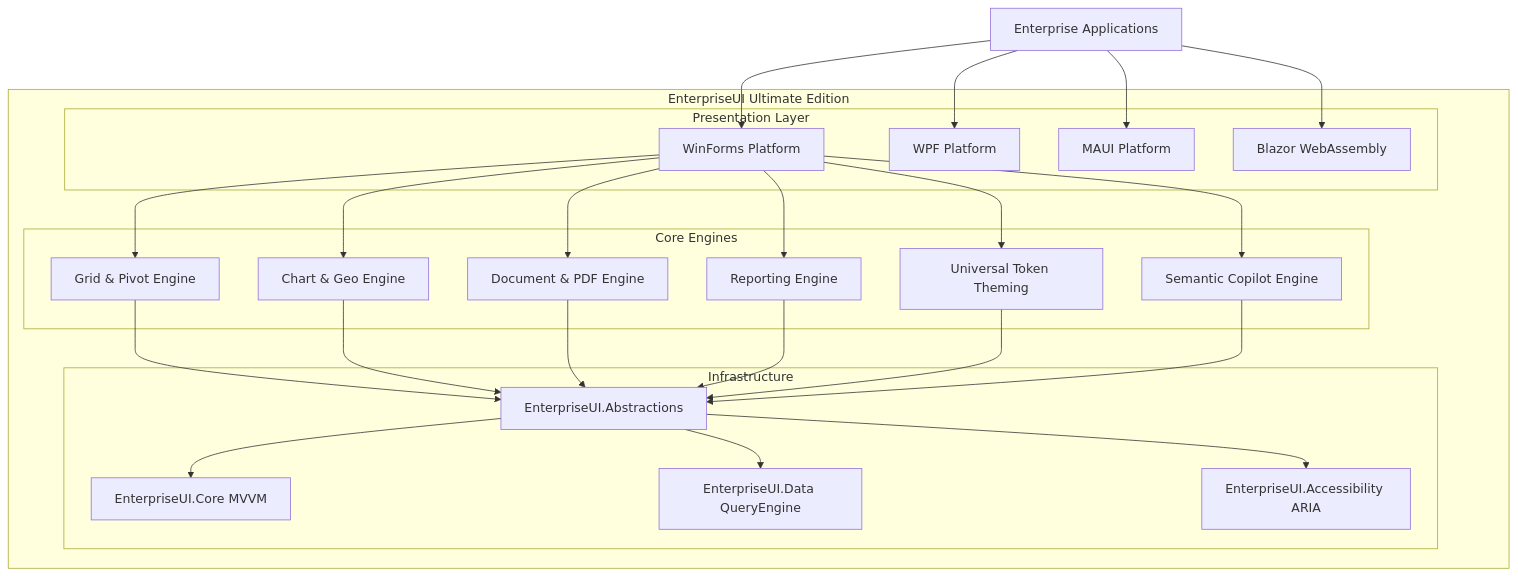
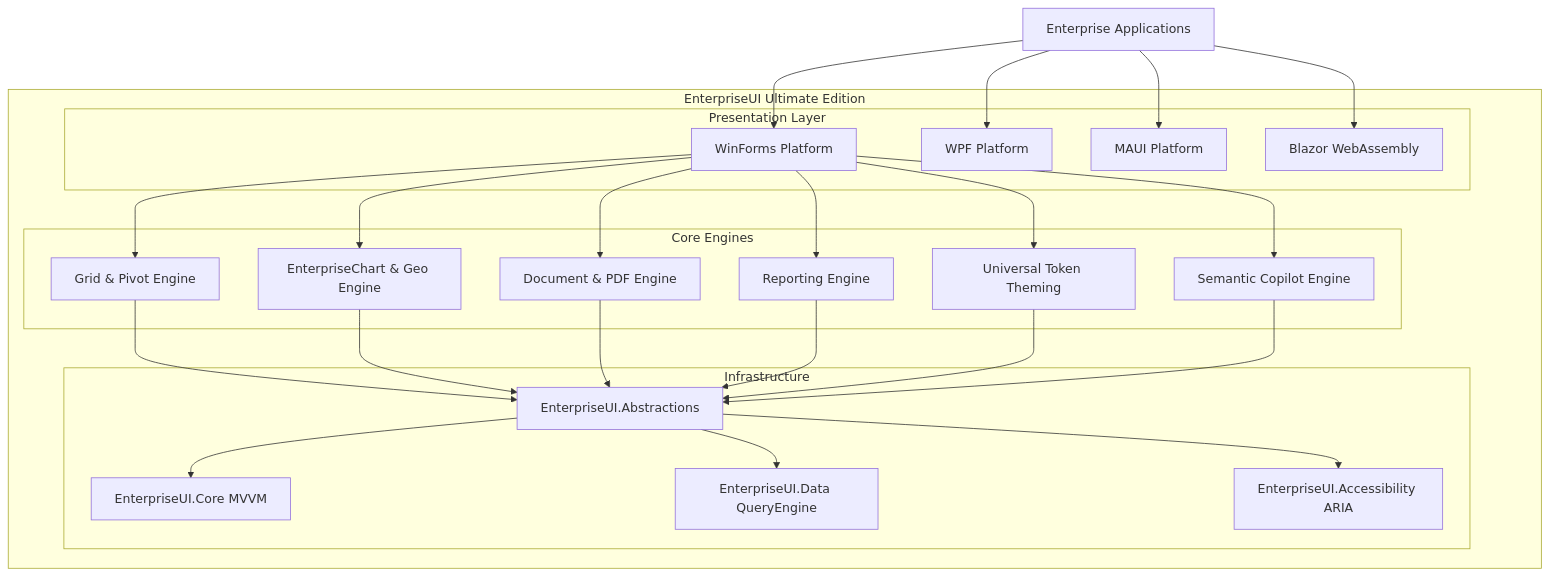
The third of 3 diagrams in docs/Architecture/TelerikEcosystemAuditAndMasterPlan.md (muhammad-aftab93/EnterpriseUI), drawn with Mermaid before and after one commit. The commit also changed other lines of this file and 93 other files, not shown here.

````diff
--- a/docs/Architecture/TelerikEcosystemAuditAndMasterPlan.md
+++ b/docs/Architecture/TelerikEcosystemAuditAndMasterPlan.md
@@ -265,52 +265,52 @@
 ```mermaid
 graph TD
     App[Enterprise Applications]
     
     subgraph EnterpriseUI Ultimate Edition
         subgraph Presentation Layer
             WF[WinForms Platform]
             WPF[WPF Platform]
             MAUI[MAUI Platform]
             BLAZOR[Blazor WebAssembly]
         end
         
         subgraph Core Engines
             GridEng[Grid & Pivot Engine]
-            ChartEng[Chart & Geo Engine]
+            ChartEng[EnterpriseChart & Geo Engine]
             DocEng[Document & PDF Engine]
             ReportEng[Reporting Engine]
             ThemeEng[Universal Token Theming]
             AIEng[Semantic Copilot Engine]
         end
         
         subgraph Infrastructure
             Abs[EnterpriseUI.Abstractions]
             Core[EnterpriseUI.Core MVVM]
             Data[EnterpriseUI.Data QueryEngine]
             A11y[EnterpriseUI.Accessibility ARIA]
         end
     end
     
     App --> WF
     App --> WPF
     App --> MAUI
     App --> BLAZOR
     
     WF --> GridEng
     WF --> ChartEng
     WF --> DocEng
     WF --> ReportEng
     WF --> ThemeEng
     WF --> AIEng
     
     GridEng --> Abs
     ChartEng --> Abs
     DocEng --> Abs
     ReportEng --> Abs
     ThemeEng --> Abs
     AIEng --> Abs
     
     Abs --> Core
     Abs --> Data
     Abs --> A11y
 ```
````
